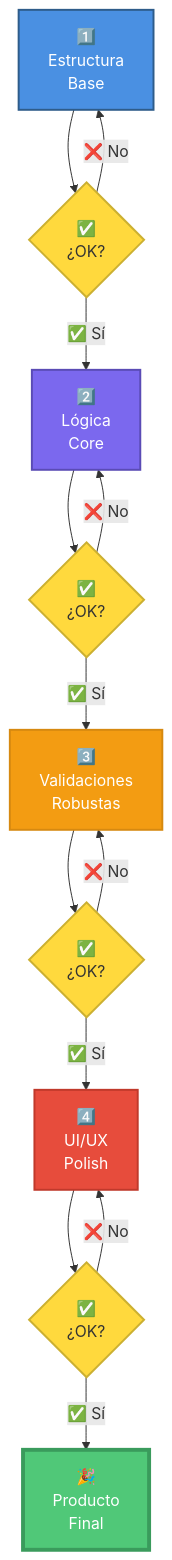
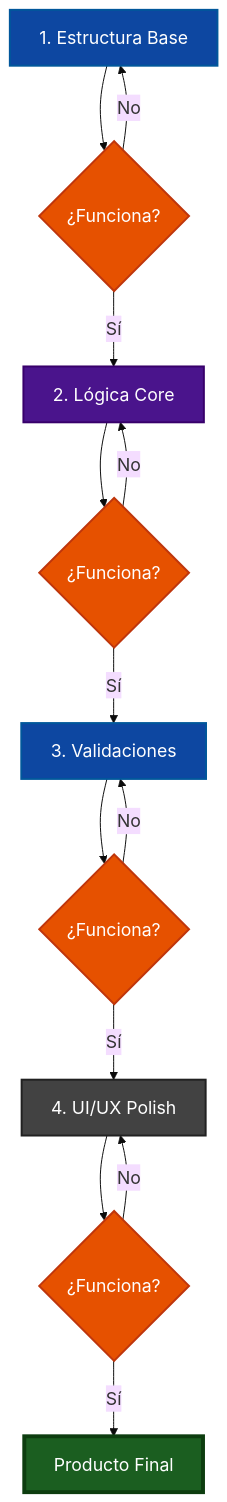
Diagram 15 of 18 in courses/🟡-development/FPUNA-2026/00-FUNDAMENTOS-PRINCIPALES/03-ingenieria-prompts.md (Ai-Whisperers/Courses-Content), drawn with Mermaid before and after one commit. The commit also changed other lines of this file and 47 other files, not shown here.

First line of the commit message:
fix: Make all 473 diagrams WCAG AAA accessible (FPUNA-2026)

````diff
--- a/courses/🟡-development/FPUNA-2026/00-FUNDAMENTOS-PRINCIPALES/03-ingenieria-prompts.md
+++ b/courses/🟡-development/FPUNA-2026/00-FUNDAMENTOS-PRINCIPALES/03-ingenieria-prompts.md
@@ -942,28 +960,29 @@
 ```mermaid
+%%{init: {'theme':'base', 'themeVariables': {'fontSize':'18px'}}}%%
 graph TD
-    A["1️⃣<br/>Estructura<br/>Base"] --> B{"✅<br/>¿OK?"}
-    B -->|"✅ Sí"| C["2️⃣<br/>Lógica<br/>Core"]
-    B -->|"❌ No"| A
+    A["1. Estructura Base"] --> B{"¿Funciona?"}
+    B -->|"Sí"| C["2. Lógica Core"]
+    B -->|"No"| A
     
-    C --> D{"✅<br/>¿OK?"}
-    D -->|"✅ Sí"| E["3️⃣<br/>Validaciones<br/>Robustas"]
-    D -->|"❌ No"| C
+    C --> D{"¿Funciona?"}
+    D -->|"Sí"| E["3. Validaciones"]
+    D -->|"No"| C
     
-    E --> F{"✅<br/>¿OK?"}
-    F -->|"✅ Sí"| G["4️⃣<br/>UI/UX<br/>Polish"]
-    F -->|"❌ No"| E
+    E --> F{"¿Funciona?"}
+    F -->|"Sí"| G["4. UI/UX Polish"]
+    F -->|"No"| E
     
-    G --> H{"✅<br/>¿OK?"}
-    H -->|"✅ Sí"| I["🎉<br/>Producto<br/>Final"]
-    H -->|"❌ No"| G
+    G --> H{"¿Funciona?"}
+    H -->|"Sí"| I["Producto Final"]
+    H -->|"No"| G
     
-    style A fill:#4A90E2,stroke:#2E5C8A,stroke-width:2px,color:#fff
-    style C fill:#7B68EE,stroke:#5A4BB5,stroke-width:2px,color:#fff
-    style E fill:#F39C12,stroke:#D68910,stroke-width:2px,color:#fff
-    style G fill:#E74C3C,stroke:#C0392B,stroke-width:2px,color:#fff
-    style I fill:#50C878,stroke:#3A9B5C,stroke-width:4px,color:#fff
-    style B fill:#FFD93D,stroke:#CCB031,stroke-width:2px,color:#333
-    style D fill:#FFD93D,stroke:#CCB031,stroke-width:2px,color:#333
-    style F fill:#FFD93D,stroke:#CCB031,stroke-width:2px,color:#333
-    style H fill:#FFD93D,stroke:#CCB031,stroke-width:2px,color:#333
+    style A fill:#0d47a1,stroke:#01579b,stroke-width:2px,color:#fff
+    style C fill:#4a148c,stroke:#38006b,stroke-width:2px,color:#fff
+    style E fill:#0d47a1,stroke:#01579b,stroke-width:2px,color:#fff
+    style G fill:#424242,stroke:#212121,stroke-width:2px,color:#fff
+    style I fill:#1b5e20,stroke:#0d3d0f,stroke-width:4px,color:#fff
+    style B fill:#e65100,stroke:#bf360c,stroke-width:2px,color:#fff
+    style D fill:#e65100,stroke:#bf360c,stroke-width:2px,color:#fff
+    style F fill:#e65100,stroke:#bf360c,stroke-width:2px,color:#fff
+    style H fill:#e65100,stroke:#bf360c,stroke-width:2px,color:#fff
 ```
````
